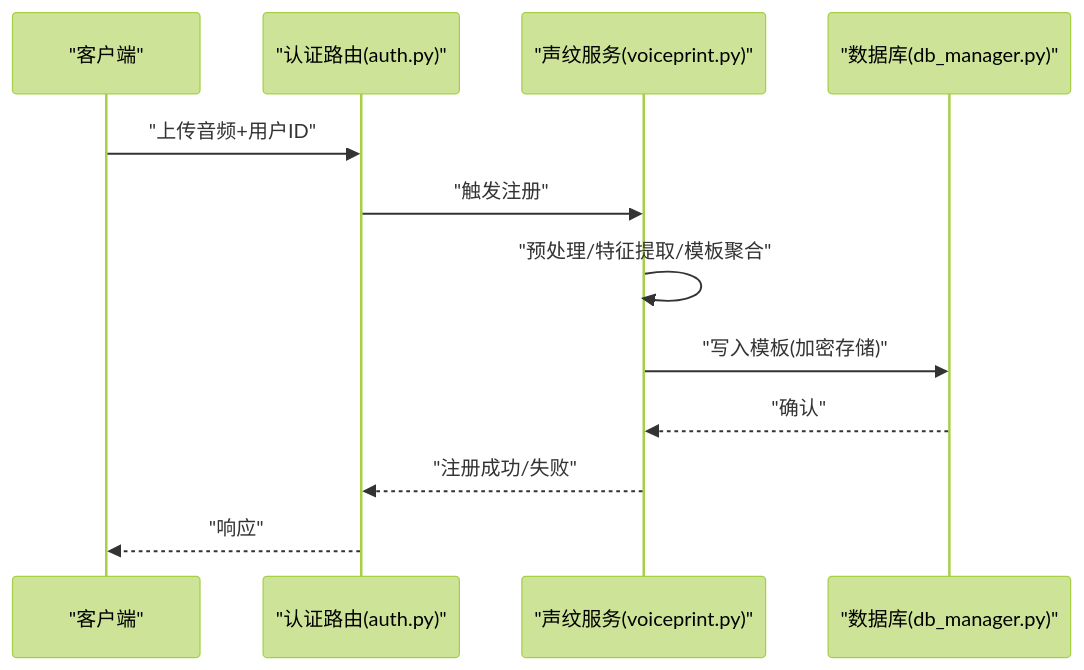
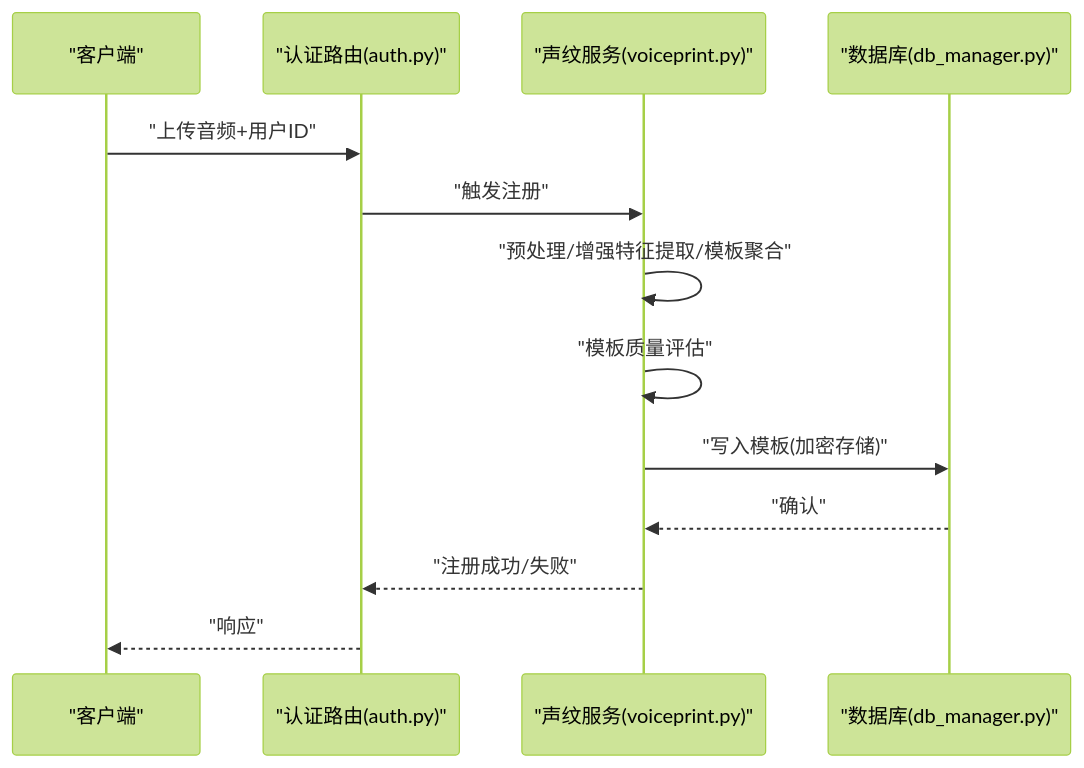
Before and after one commit to zmdhdu/NexusCockpit: the fourth of 7 diagrams in .qoder/repowiki/zh/content/语音交互系统/声纹识别与用户验证.md, drawn with Mermaid (forest theme). The commit also changed other lines of this file and 43 other files, not shown here.

````diff
--- a/.qoder/repowiki/zh/content/语音交互系统/声纹识别与用户验证.md
+++ b/.qoder/repowiki/zh/content/语音交互系统/声纹识别与用户验证.md
@@ -193,14 +209,15 @@
 ```mermaid
 sequenceDiagram
 participant Client as "客户端"
 participant API as "认证路由(auth.py)"
 participant VP as "声纹服务(voiceprint.py)"
 participant DB as "数据库(db_manager.py)"
 Client->>API : "上传音频+用户ID"
 API->>VP : "触发注册"
-VP->>VP : "预处理/特征提取/模板聚合"
+VP->>VP : "预处理/增强特征提取/模板聚合"
+VP->>VP : "模板质量评估"
 VP->>DB : "写入模板(加密存储)"
 DB-->>VP : "确认"
 VP-->>API : "注册成功/失败"
 API-->>Client : "响应"
 ```
````
